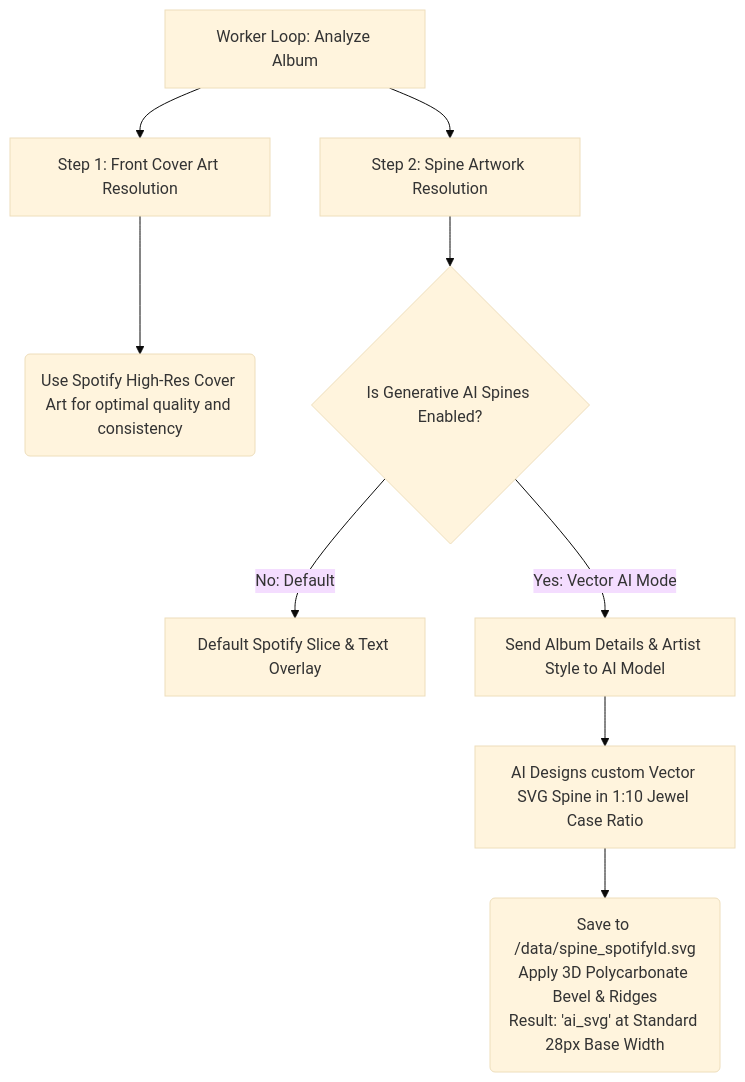
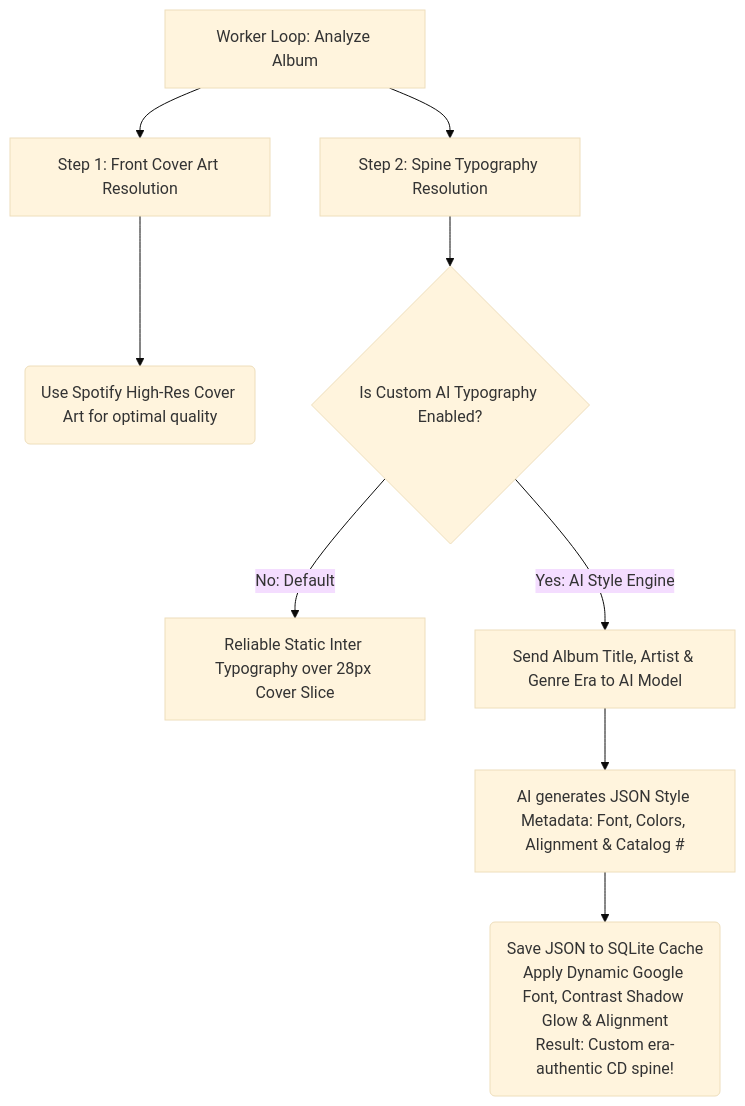
The diagram in README.md (Adman1020/CD-Music-Display), drawn with Mermaid (base theme) before and after one commit. The commit also changed other lines of this file and 7 other files, not shown here.

Commit message:
Feat: AI Spine Typography Engine, 4-column scrollable Settings layout, dynamic font variety and text scaling

````diff
--- a/README.md
+++ b/README.md
@@ -65,15 +65,15 @@
 ```mermaid
 graph TD
     A[Worker Loop: Analyze Album] --> B[Step 1: Front Cover Art Resolution]
-    A --> C[Step 2: Spine Artwork Resolution]
+    A --> C[Step 2: Spine Typography Resolution]
     
     %% Front Cover Workflow
-    B --> B1(Use Spotify High-Res Cover Art for optimal quality and consistency)
+    B --> B1(Use Spotify High-Res Cover Art for optimal quality)
     
     %% Spine Workflow
-    C --> C0{Is Generative AI Spines Enabled?}
-    C0 -->|No: Default| C8[Default Spotify Slice & Text Overlay]
-    C0 -->|Yes: Vector AI Mode| C1[Send Album Details & Artist Style to AI Model]
-    C1 --> C2[AI Designs custom Vector SVG Spine in 1:10 Jewel Case Ratio]
-    C2 --> C3(Save to /data/spine_spotifyId.svg<br/>Apply 3D Polycarbonate Bevel & Ridges<br/>Result: 'ai_svg' at Standard 28px Base Width)
+    C --> C0{Is Custom AI Typography Enabled?}
+    C0 -->|No: Default| C8[Reliable Static Inter Typography over 28px Cover Slice]
+    C0 -->|Yes: AI Style Engine| C1[Send Album Title, Artist & Genre Era to AI Model]
+    C1 --> C2[AI generates JSON Style Metadata: Font, Colors, Alignment & Catalog #]
+    C2 --> C3(Save JSON to SQLite Cache<br/>Apply Dynamic Google Font, Contrast Shadow Glow & Alignment<br/>Result: Custom era-authentic CD spine!)
 ```
````
